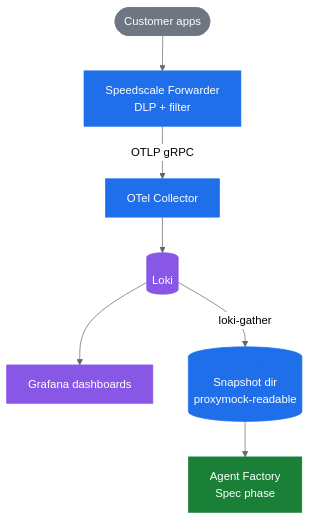
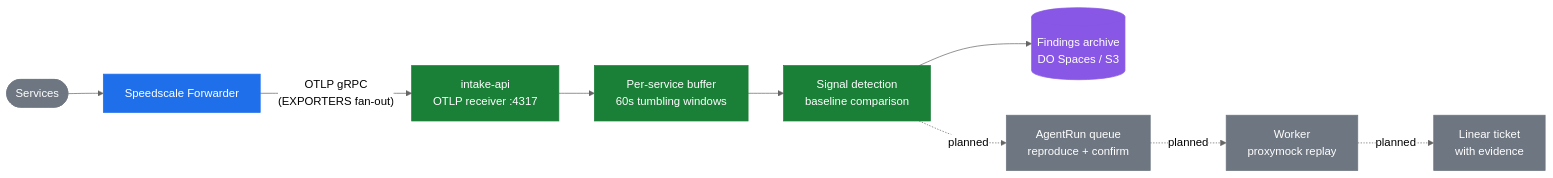
Before and after one commit to speedscale/agent-factory: the diagram in README.md, drawn with Mermaid (neutral theme). The commit also changed other lines of this file and 7 other files, not shown here.

````diff
--- a/README.md
+++ b/README.md
@@ -42,17 +7,21 @@
 ```mermaid
-flowchart TD
-    apps([Customer apps]) --> fwd[Speedscale Forwarder<br/>DLP + filter]
-    fwd -- OTLP gRPC --> col[OTel Collector]
-    col --> loki[(Loki)]
-    loki --> graf[Grafana dashboards]
-    loki -- loki-gather --> snap[(Snapshot dir<br/>proxymock-readable)]
-    snap --> af[Agent Factory<br/>Spec phase]
+flowchart LR
+    apps([Services]) --> fwd[Speedscale Forwarder]
+    fwd -- "OTLP gRPC\n(EXPORTERS fan-out)" --> intake[intake-api\nOTLP receiver :4317]
+    intake --> buf[Per-service buffer\n60s tumbling windows]
+    buf --> analyze[Signal detection\nbaseline comparison]
+    analyze --> archive[(Findings archive\nDO Spaces / S3)]
+    analyze -. "planned" .-> run[AgentRun queue\nreproduce + confirm]
+    run -. "planned" .-> worker[Worker\nproxymock replay]
+    worker -. "planned" .-> ticket[Linear ticket\nwith evidence]
 
     style apps fill:#6e7681,stroke:#6e7681,color:#fff
     style fwd fill:#1f6feb,stroke:#1f6feb,color:#fff
-    style col fill:#1f6feb,stroke:#1f6feb,color:#fff
-    style snap fill:#1f6feb,stroke:#1f6feb,color:#fff
-    style loki fill:#8957e5,stroke:#8957e5,color:#fff
-    style graf fill:#8957e5,stroke:#8957e5,color:#fff
-    style af fill:#1a7f37,stroke:#1a7f37,color:#fff
+    style intake fill:#1a7f37,stroke:#1a7f37,color:#fff
+    style buf fill:#1a7f37,stroke:#1a7f37,color:#fff
+    style analyze fill:#1a7f37,stroke:#1a7f37,color:#fff
+    style archive fill:#8957e5,stroke:#8957e5,color:#fff
+    style run fill:#6e7681,stroke:#6e7681,color:#fff
+    style worker fill:#6e7681,stroke:#6e7681,color:#fff
+    style ticket fill:#6e7681,stroke:#6e7681,color:#fff
 ```
````
